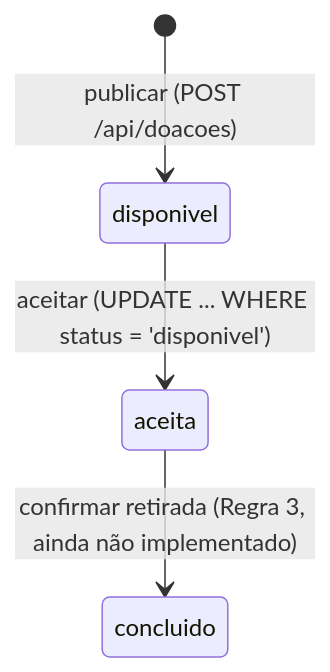
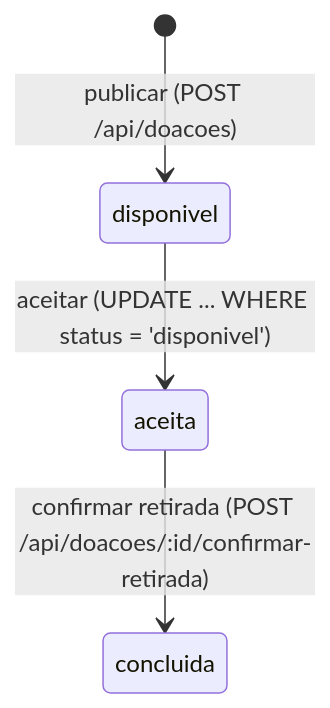
Before and after one commit to APD-Agil/g1126-template-prato-cheio: the second of 3 diagrams in docs/diagramas/dados.md, drawn with Mermaid. The commit also changed other lines of this file and 4 other files, not shown here.

````diff
--- a/docs/diagramas/dados.md
+++ b/docs/diagramas/dados.md
@@ -25,6 +26,6 @@
 ```mermaid
 stateDiagram-v2
     [*] --> disponivel: publicar (POST /api/doacoes)
     disponivel --> aceita: aceitar (UPDATE ... WHERE status = 'disponivel')
-    aceita --> concluido: confirmar retirada (Regra 3, ainda não implementado)
+    aceita --> concluida: confirmar retirada (POST /api/doacoes/:id/confirmar-retirada)
 ```
````
